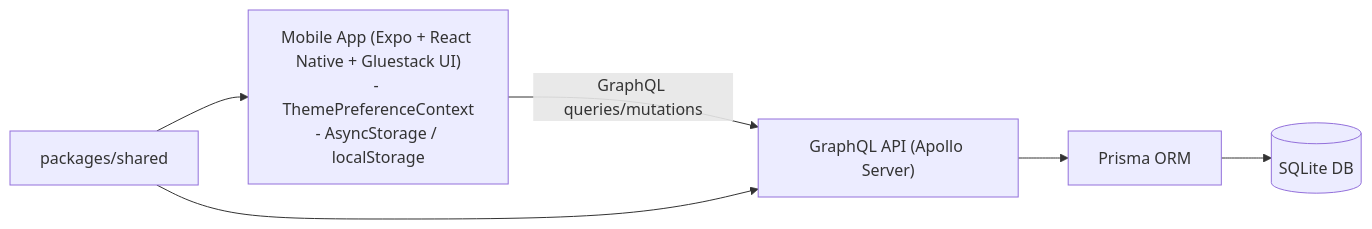
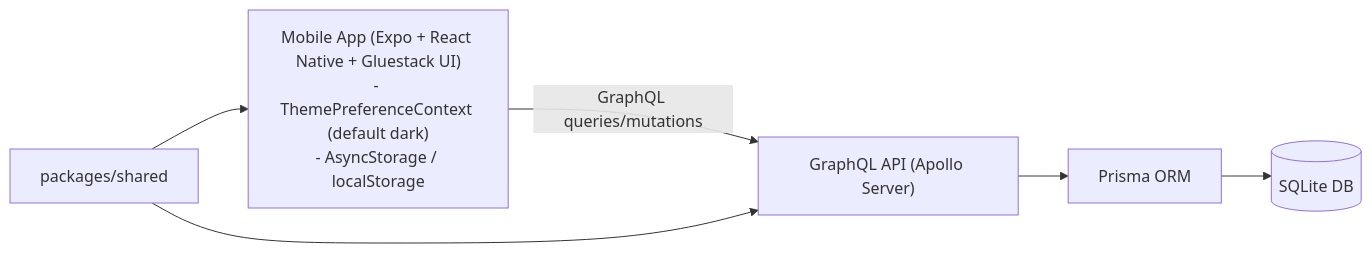
The first of 5 diagrams in README.md (rm-jordan/rolltrack), drawn with Mermaid before and after one commit. The commit also changed other lines of this file and 5 other files, not shown here.

````diff
--- a/README.md
+++ b/README.md
@@ -66,8 +76,8 @@
 ```mermaid
 flowchart LR
-  Mobile["Mobile App (Expo + React Native + Gluestack UI)\n- ThemePreferenceContext\n- AsyncStorage / localStorage"] -->|GraphQL queries/mutations| API["GraphQL API (Apollo Server)"]
+  Mobile["Mobile App (Expo + React Native + Gluestack UI)\n- ThemePreferenceContext (default dark)\n- AsyncStorage / localStorage"] -->|GraphQL queries/mutations| API["GraphQL API (Apollo Server)"]
   API --> Prisma["Prisma ORM"]
   Prisma --> DB[("SQLite DB")]
   Shared["packages/shared"] --> Mobile
   Shared --> API
 ```
````
